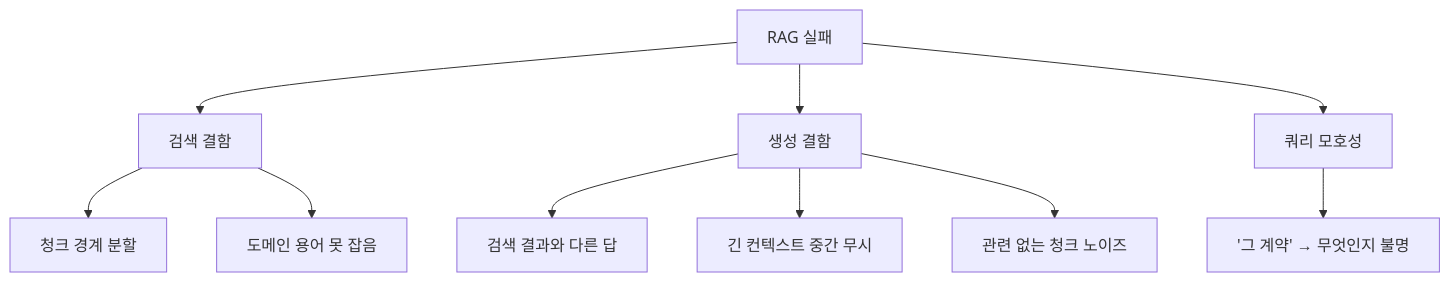
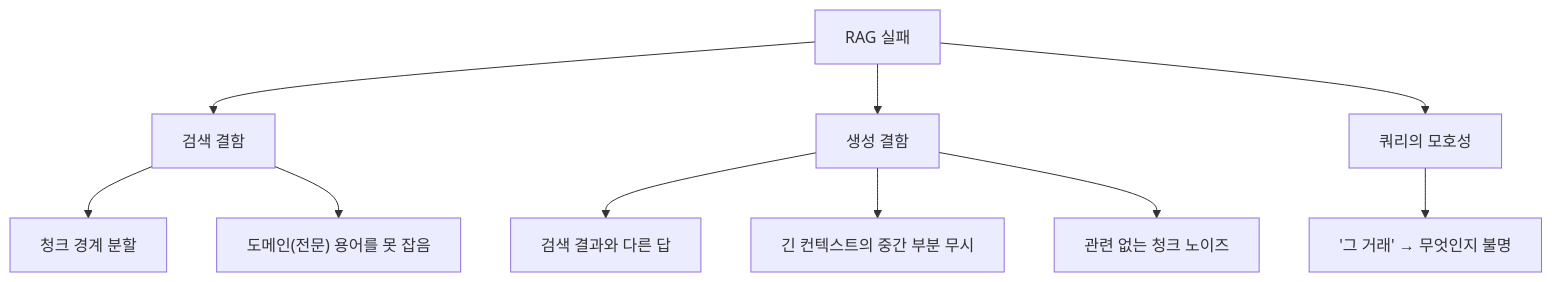
One commit to RJ-Stony/injoy changed the second of 2 diagrams in src/content/posts/rag-1-survey.md. Above: the diagram before and after it, drawn with Mermaid. The commit also changed other lines of this file and 1 other file, not shown here.

````diff
--- a/src/content/posts/rag-1-survey.md
+++ b/src/content/posts/rag-1-survey.md
@@ -51,12 +51,12 @@
 ```mermaid
 flowchart TD
     R["RAG 실패"] --> A["검색 결함"]
     R --> B["생성 결함"]
-    R --> C["쿼리 모호성"]
+    R --> C["쿼리의 모호성"]
     A --> A1["청크 경계 분할"]
-    A --> A2["도메인 용어 못 잡음"]
+    A --> A2["도메인(전문) 용어를 못 잡음"]
     B --> B1["검색 결과와 다른 답"]
-    B --> B2["긴 컨텍스트 중간 무시"]
+    B --> B2["긴 컨텍스트의 중간 부분 무시"]
     B --> B3["관련 없는 청크 노이즈"]
-    C --> C1["'그 계약' → 무엇인지 불명"]
+    C --> C1["'그 거래' → 무엇인지 불명"]
 ```
````
